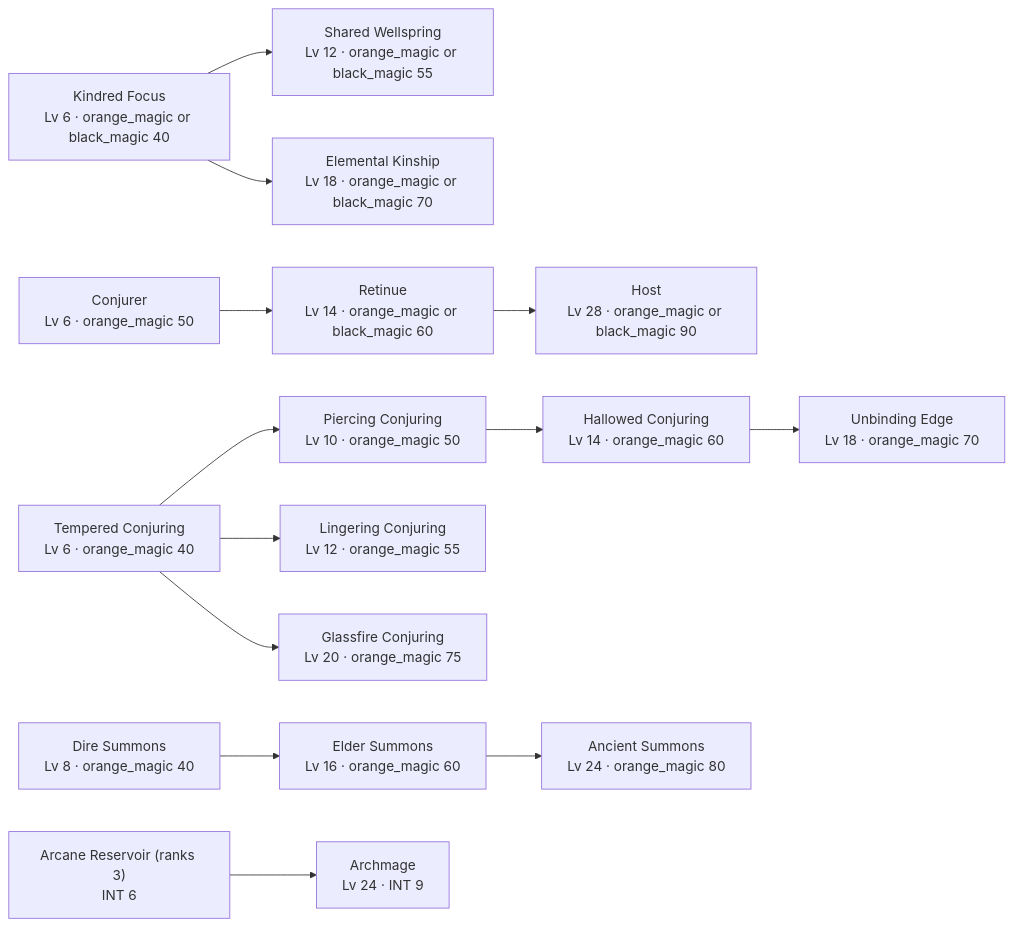
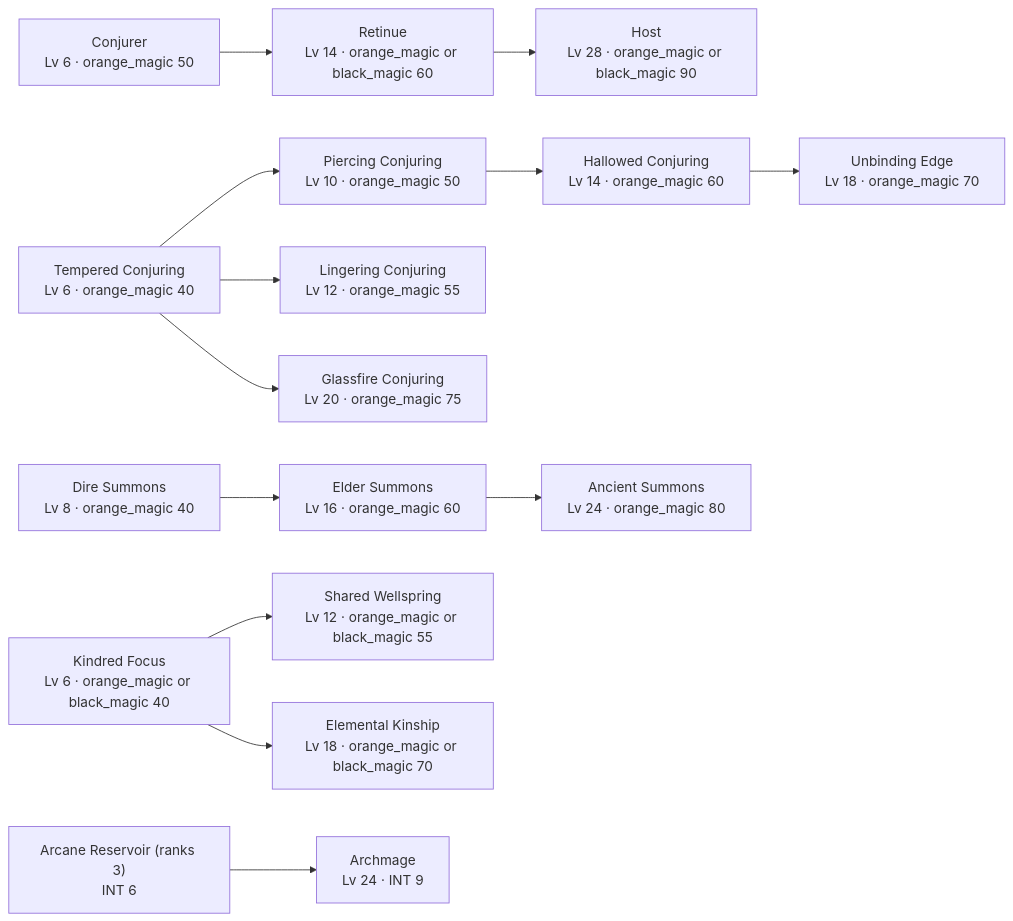
One commit to SETA1609/riftweave-core changed the third of 5 diagrams in docs/core/perk-ladders.md. Above: the diagram before and after it, drawn with Mermaid. The commit also changed other lines of this file and 4 other files, not shown here.

````diff
--- a/docs/core/perk-ladders.md
+++ b/docs/core/perk-ladders.md
@@ -58,32 +58,32 @@
 ```mermaid
 graph LR
   arcane_reservoir["Arcane Reservoir (ranks 3)<br/>INT 6"]
   conjurer["Conjurer<br/>Lv 6 · orange_magic 50"]
   summon_retinue["Retinue<br/>Lv 14 · orange_magic or black_magic 60"]
-  kindred_focus["Kindred Focus<br/>Lv 6 · orange_magic or black_magic 40"]
-  shared_wellspring["Shared Wellspring<br/>Lv 12 · orange_magic or black_magic 55"]
-  elemental_kinship["Elemental Kinship<br/>Lv 18 · orange_magic or black_magic 70"]
   tempered_conjuring["Tempered Conjuring<br/>Lv 6 · orange_magic 40"]
   piercing_conjuring["Piercing Conjuring<br/>Lv 10 · orange_magic 50"]
   lingering_conjuring["Lingering Conjuring<br/>Lv 12 · orange_magic 55"]
   hallowed_conjuring["Hallowed Conjuring<br/>Lv 14 · orange_magic 60"]
   unbinding_edge["Unbinding Edge<br/>Lv 18 · orange_magic 70"]
   glassfire_conjuring["Glassfire Conjuring<br/>Lv 20 · orange_magic 75"]
   summon_host["Host<br/>Lv 28 · orange_magic or black_magic 90"]
   summon_dire["Dire Summons<br/>Lv 8 · orange_magic 40"]
   summon_elder["Elder Summons<br/>Lv 16 · orange_magic 60"]
   summon_ancient["Ancient Summons<br/>Lv 24 · orange_magic 80"]
+  kindred_focus["Kindred Focus<br/>Lv 6 · orange_magic or black_magic 40"]
+  shared_wellspring["Shared Wellspring<br/>Lv 12 · orange_magic or black_magic 55"]
+  elemental_kinship["Elemental Kinship<br/>Lv 18 · orange_magic or black_magic 70"]
   archmage["Archmage<br/>Lv 24 · INT 9"]
   conjurer --> summon_retinue
-  kindred_focus --> shared_wellspring
-  kindred_focus --> elemental_kinship
   tempered_conjuring --> piercing_conjuring
   tempered_conjuring --> lingering_conjuring
   piercing_conjuring --> hallowed_conjuring
   hallowed_conjuring --> unbinding_edge
   tempered_conjuring --> glassfire_conjuring
   summon_retinue --> summon_host
   summon_dire --> summon_elder
   summon_elder --> summon_ancient
+  kindred_focus --> shared_wellspring
+  kindred_focus --> elemental_kinship
   arcane_reservoir --> archmage
 ```
````
